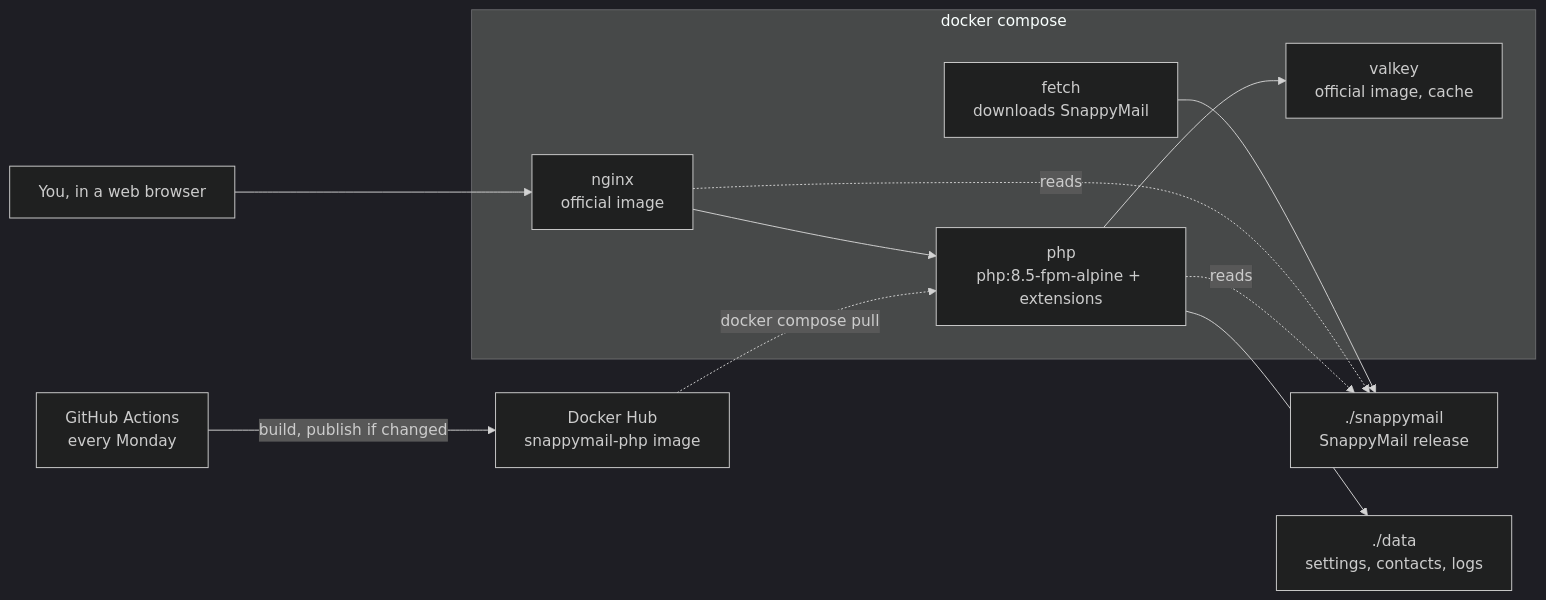
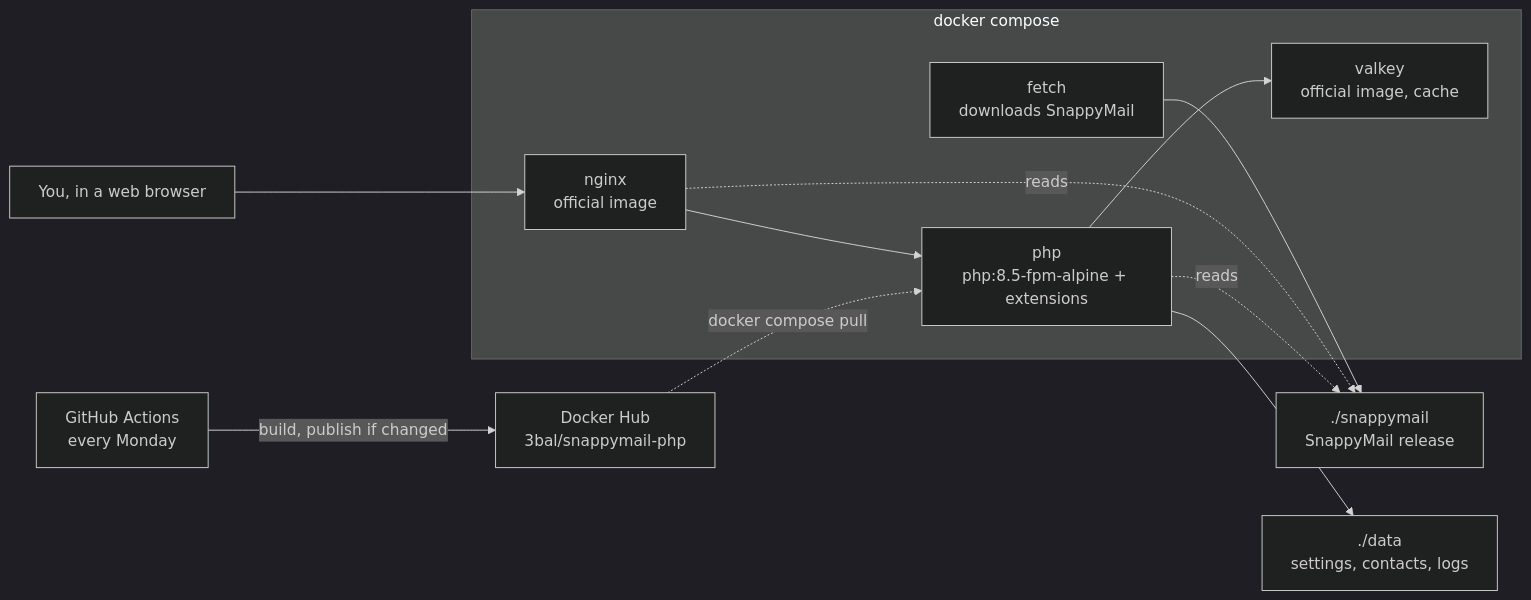
The diagram in README.md (ebal/SnappyMail_Container), drawn with Mermaid (dark theme) before and after one commit. The commit also changed other lines of this file, not shown here.

Commit message:
docs: use the published 3bal/snappymail-php image

````diff
--- a/README.md
+++ b/README.md
@@ -24,22 +25,22 @@
 ```mermaid
 flowchart LR
     you["You, in a web browser"]
     subgraph stack["docker compose"]
         nginx["nginx<br/>official image"]
         php["php<br/>php:8.5-fpm-alpine + extensions"]
         valkey["valkey<br/>official image, cache"]
         fetch["fetch<br/>downloads SnappyMail"]
     end
     files["./snappymail<br/>SnappyMail release"]
     data["./data<br/>settings, contacts, logs"]
     gha["GitHub Actions<br/>every Monday"]
-    hub["Docker Hub<br/>snappymail-php image"]
+    hub["Docker Hub<br/>3bal/snappymail-php"]
 
     you --> nginx --> php --> valkey
     fetch --> files
     nginx -. reads .-> files
     php -. reads .-> files
     php --> data
     gha -- "build, publish if changed" --> hub
     hub -. "docker compose pull" .-> php
 ```
````
